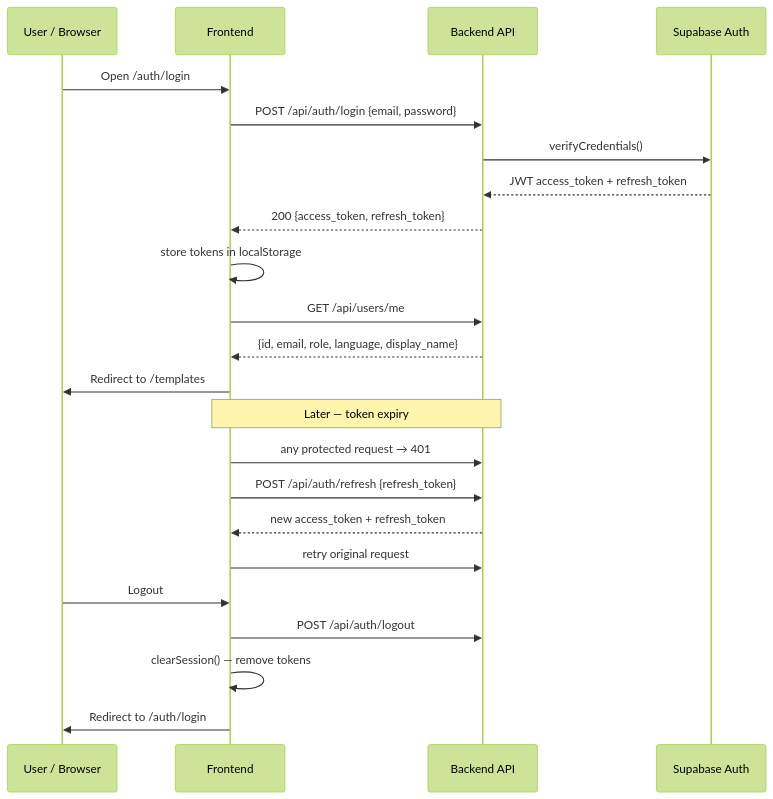
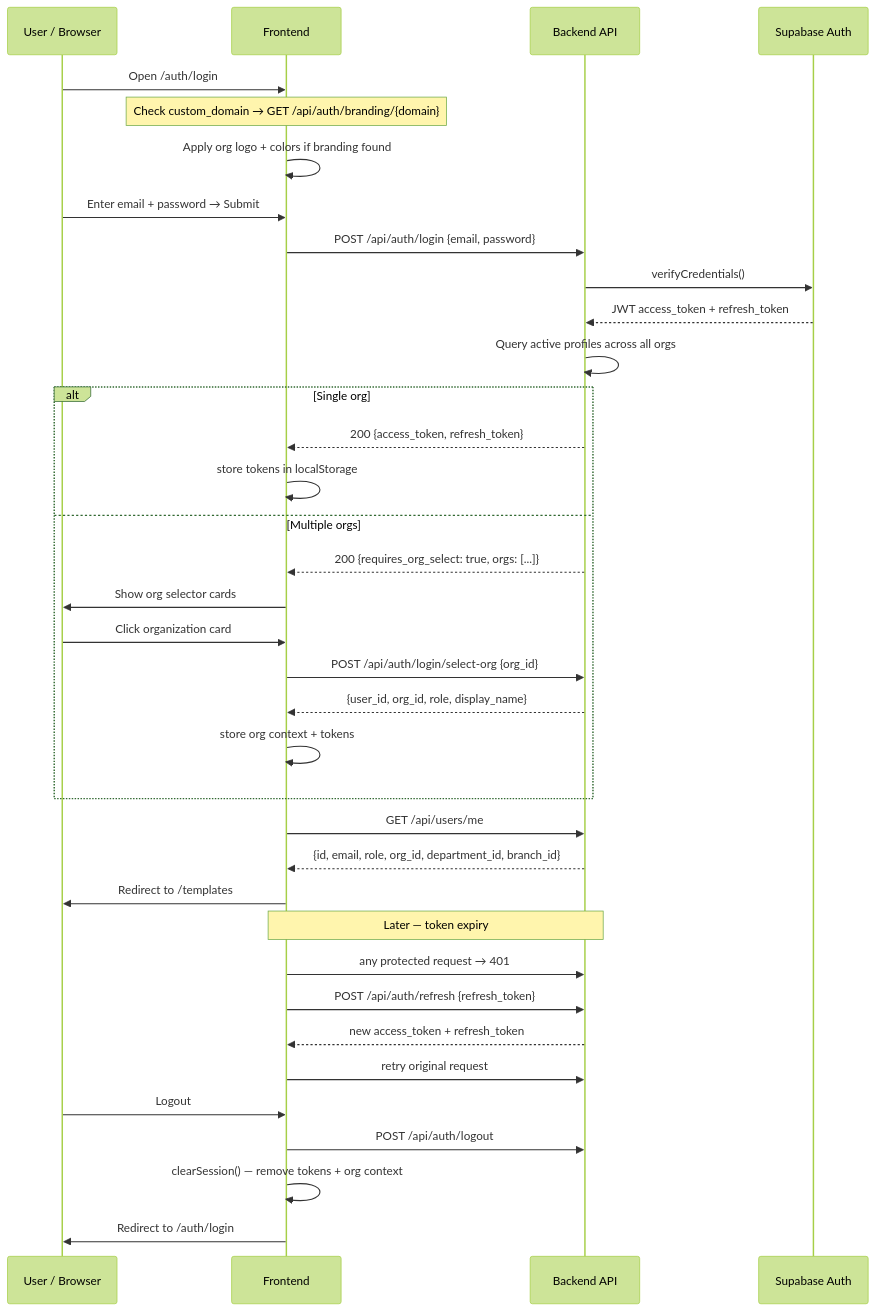
Before and after one commit to YasserHosny/FormCraft: the second of 3 diagrams in docs/flows/user-flows.md, drawn with Mermaid (forest theme). The commit also changed other lines of this file and 7 other files, not shown here.

First line of the commit message:
docs: update feature flows documentation to reflect 19 features

````diff
--- a/docs/flows/user-flows.md
+++ b/docs/flows/user-flows.md
@@ -41,28 +52,43 @@
 ```mermaid
 sequenceDiagram
     participant U as User / Browser
     participant FE as Frontend
     participant API as Backend API
     participant SB as Supabase Auth
 
     U->>FE: Open /auth/login
+    Note over FE: Check custom_domain → GET /api/auth/branding/{domain}
+    FE->>FE: Apply org logo + colors if branding found
+    U->>FE: Enter email + password → Submit
     FE->>API: POST /api/auth/login {email, password}
     API->>SB: verifyCredentials()
     SB-->>API: JWT access_token + refresh_token
-    API-->>FE: 200 {access_token, refresh_token}
-    FE->>FE: store tokens in localStorage
+    API->>API: Query active profiles across all orgs
+
+    alt Single org
+        API-->>FE: 200 {access_token, refresh_token}
+        FE->>FE: store tokens in localStorage
+    else Multiple orgs
+        API-->>FE: 200 {requires_org_select: true, orgs: [...]}
+        FE->>U: Show org selector cards
+        U->>FE: Click organization card
+        FE->>API: POST /api/auth/login/select-org {org_id}
+        API-->>FE: {user_id, org_id, role, display_name}
+        FE->>FE: store org context + tokens
+    end
+
     FE->>API: GET /api/users/me
-    API-->>FE: {id, email, role, language, display_name}
+    API-->>FE: {id, email, role, org_id, department_id, branch_id}
     FE->>U: Redirect to /templates
 
     Note over FE,API: Later — token expiry
     FE->>API: any protected request → 401
     FE->>API: POST /api/auth/refresh {refresh_token}
     API-->>FE: new access_token + refresh_token
     FE->>API: retry original request
 
     U->>FE: Logout
     FE->>API: POST /api/auth/logout
-    FE->>FE: clearSession() — remove tokens
+    FE->>FE: clearSession() — remove tokens + org context
     FE->>U: Redirect to /auth/login
 ```
````
